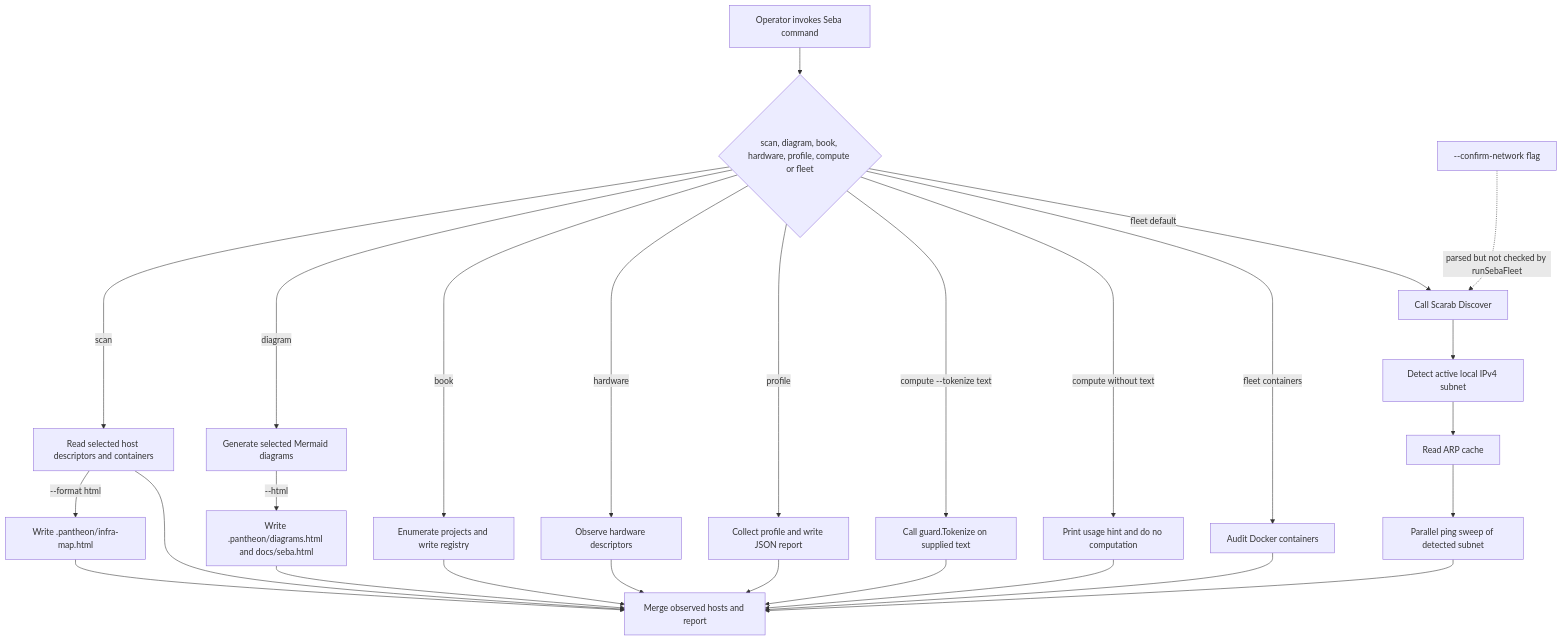
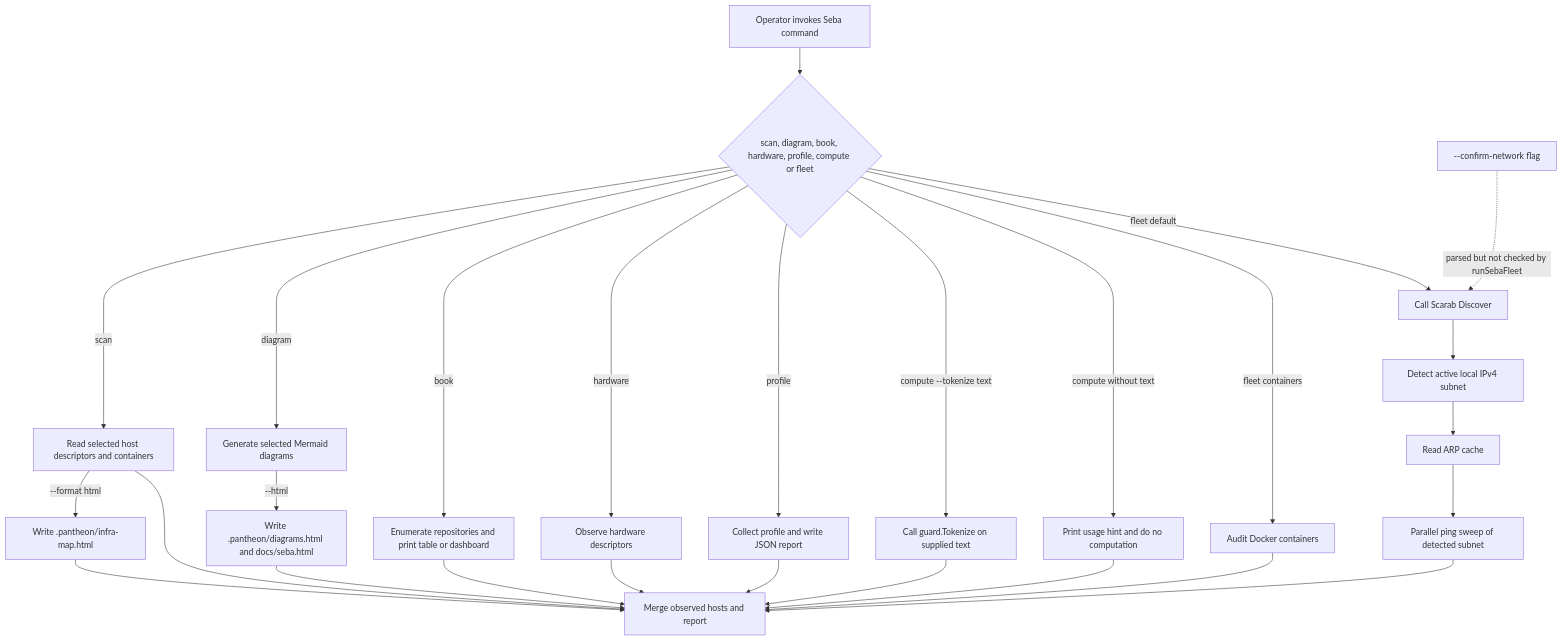
One commit to SirsiMaster/sirsi-pantheon changed diagram 26 of 45 in docs/stacklab/pantheon-pt/canon/DIAGRAMS_PRODUCT_OPERATIONS.md. Above: the diagram before and after it, drawn with Mermaid. The commit also changed other lines of this file, not shown here.

````diff
--- a/docs/stacklab/pantheon-pt/canon/DIAGRAMS_PRODUCT_OPERATIONS.md
+++ b/docs/stacklab/pantheon-pt/canon/DIAGRAMS_PRODUCT_OPERATIONS.md
@@ -731,29 +762,29 @@
 ```mermaid
 flowchart TD
   OP[Operator invokes Seba command] --> CMD{scan, diagram, book, hardware, profile, compute or fleet}
   CMD -->|scan| OBS[Read selected host descriptors and containers]
   OBS -->|--format html| HTML[Write .pantheon/infra-map.html]
   CMD -->|diagram| DIAG[Generate selected Mermaid diagrams]
   DIAG -->|--html| DHTML[Write .pantheon/diagrams.html and docs/seba.html]
-  CMD -->|book| BOOK[Enumerate projects and write registry]
+  CMD -->|book| BOOK[Enumerate repositories and print table or dashboard]
   CMD -->|hardware| HW[Observe hardware descriptors]
   CMD -->|profile| PROF[Collect profile and write JSON report]
   CMD -->|compute --tokenize text| TOKEN[Call guard.Tokenize on supplied text]
   CMD -->|compute without text| USAGE[Print usage hint and do no computation]
   CMD -->|fleet containers| CONTAINERS[Audit Docker containers]
   CMD -->|fleet default| DISCOVER[Call Scarab Discover]
   FLAG[--confirm-network flag] -. parsed but not checked by runSebaFleet .-> DISCOVER
   DISCOVER --> SUBNET[Detect active local IPv4 subnet]
   SUBNET --> ARP[Read ARP cache]
   ARP --> PING[Parallel ping sweep of detected subnet]
   PING --> RESULT[Merge observed hosts and report]
   OBS --> RESULT
   HTML --> RESULT
   DHTML --> RESULT
   BOOK --> RESULT
   HW --> RESULT
   PROF --> RESULT
   TOKEN --> RESULT
   USAGE --> RESULT
   CONTAINERS --> RESULT
 ```
````
